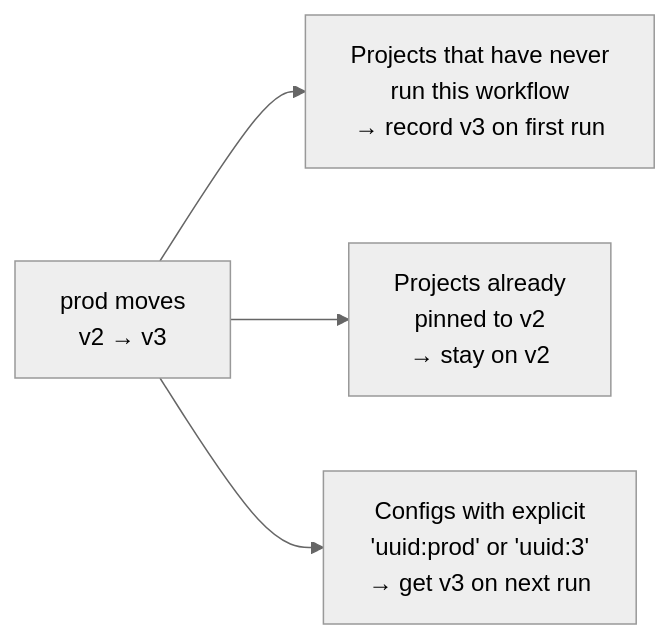
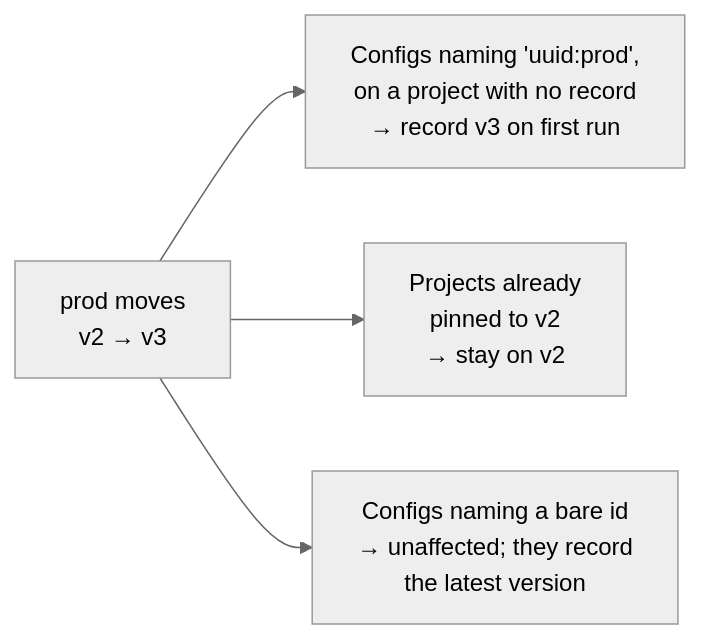
Before and after one commit to NGS360/APIServer: the third of 9 diagrams in docs/WORKFLOWS_AND_PIPELINES.md, drawn with Mermaid (neutral theme). The commit also changed other lines of this file, not shown here.

````diff
--- a/docs/WORKFLOWS_AND_PIPELINES.md
+++ b/docs/WORKFLOWS_AND_PIPELINES.md
@@ -106,7 +106,7 @@
 ```mermaid
 %%{init: {"flowchart": {"wrappingWidth": 400}}}%%
 flowchart LR
-    M["prod moves<br/>v2 → v3"] --> N["Projects that have never<br/>run this workflow<br/>→ record v3 on first run"]
+    M["prod moves<br/>v2 → v3"] --> N["Configs naming 'uuid:prod',<br/>on a project with no record<br/>→ record v3 on first run"]
     M --> E["Projects already<br/>pinned to v2<br/>→ stay on v2"]
-    M --> X["Configs with explicit<br/>'uuid:prod' or 'uuid:3'<br/>→ get v3 on next run"]
+    M --> B["Configs naming a bare id<br/>→ unaffected; they record<br/>the latest version"]
 ```
````
